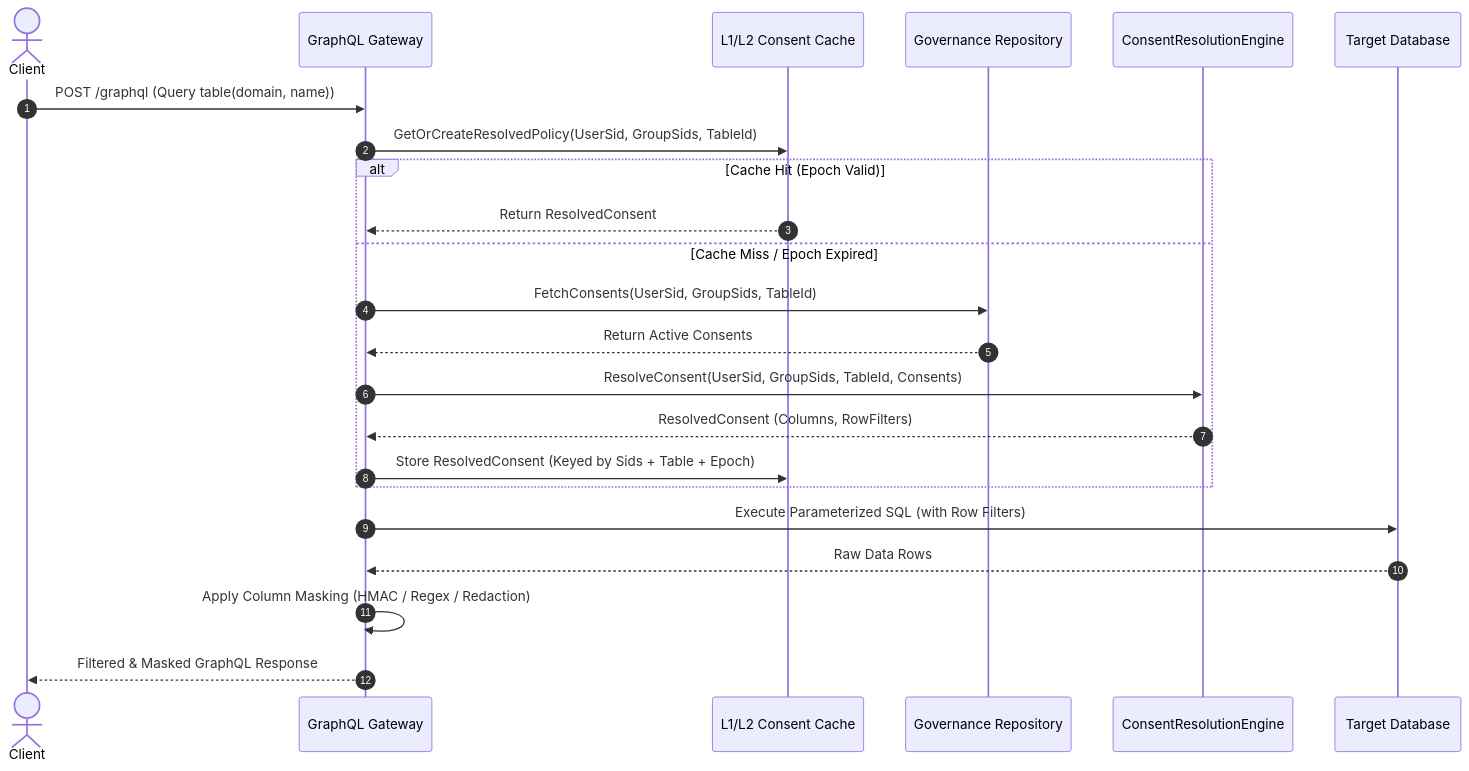
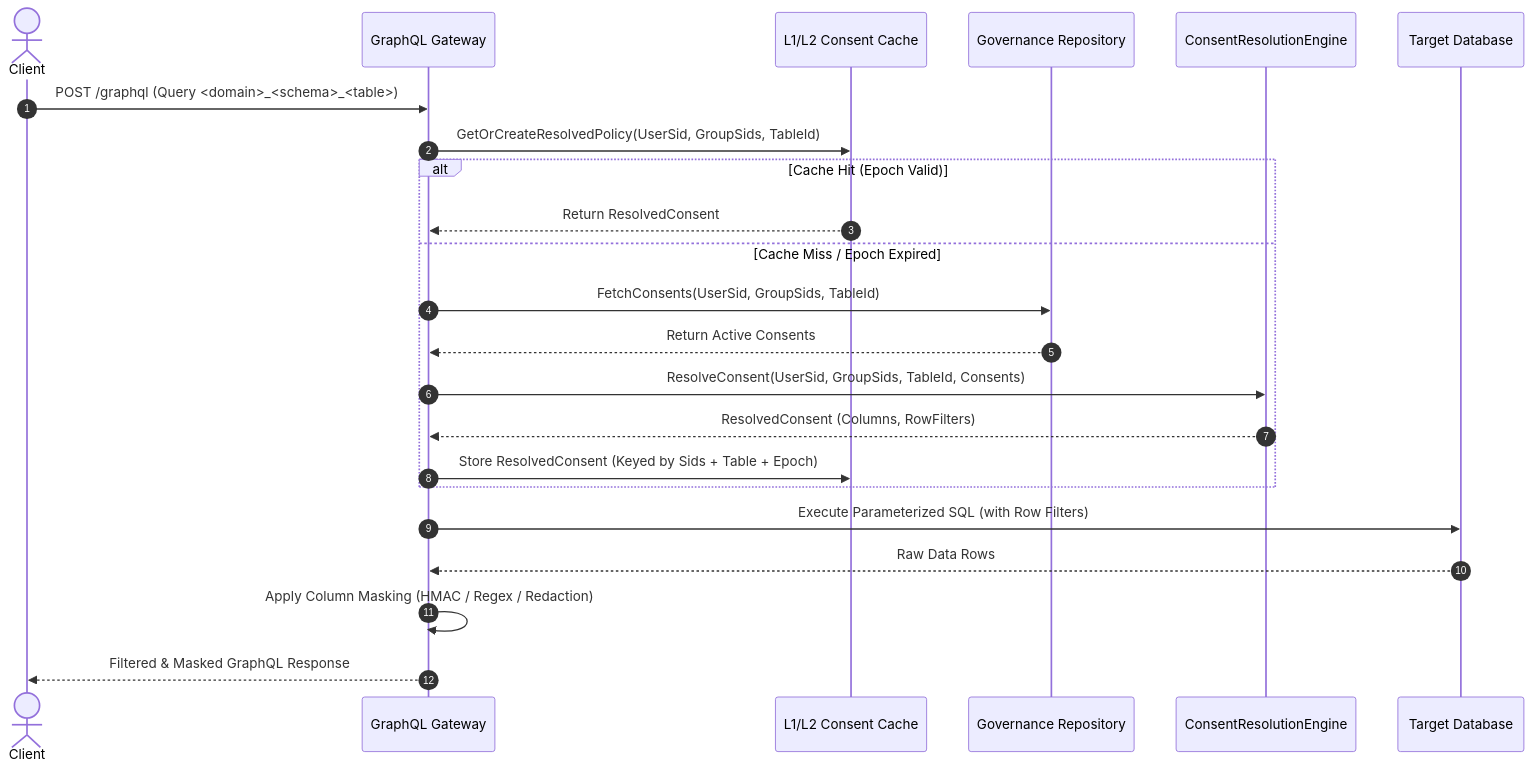
Before and after one commit to themulle/autheris: the third of 4 diagrams in docs/architecture/arc42.md, drawn with Mermaid. The commit also changed 4 other files, not shown here.

First line of the commit message:
fix(mcp): English syntax-error block reason in the pre-flight simulator; drop stale table(domain:, name:) from docs (#1197)

````diff
--- a/docs/architecture/arc42.md
+++ b/docs/architecture/arc42.md
@@ -185,26 +185,26 @@
 ```mermaid
 sequenceDiagram
     autonumber
     actor Client
     participant GW as GraphQL Gateway
     participant Cache as L1/L2 Consent Cache
     participant Repo as Governance Repository
     participant Engine as ConsentResolutionEngine
     participant DB as Target Database
 
-    Client->>GW: POST /graphql (Query table(domain, name))
+    Client->>GW: POST /graphql (Query <domain>_<schema>_<table>)
     GW->>Cache: GetOrCreateResolvedPolicy(UserSid, GroupSids, TableId)
     alt Cache Hit (Epoch Valid)
         Cache-->>GW: Return ResolvedConsent
     else Cache Miss / Epoch Expired
         GW->>Repo: FetchConsents(UserSid, GroupSids, TableId)
         Repo-->>GW: Return Active Consents
         GW->>Engine: ResolveConsent(UserSid, GroupSids, TableId, Consents)
         Engine-->>GW: ResolvedConsent (Columns, RowFilters)
         GW->>Cache: Store ResolvedConsent (Keyed by Sids + Table + Epoch)
     end
     GW->>DB: Execute Parameterized SQL (with Row Filters)
     DB-->>GW: Raw Data Rows
     GW->>GW: Apply Column Masking (HMAC / Regex / Redaction)
     GW-->>Client: Filtered & Masked GraphQL Response
 ```
````
